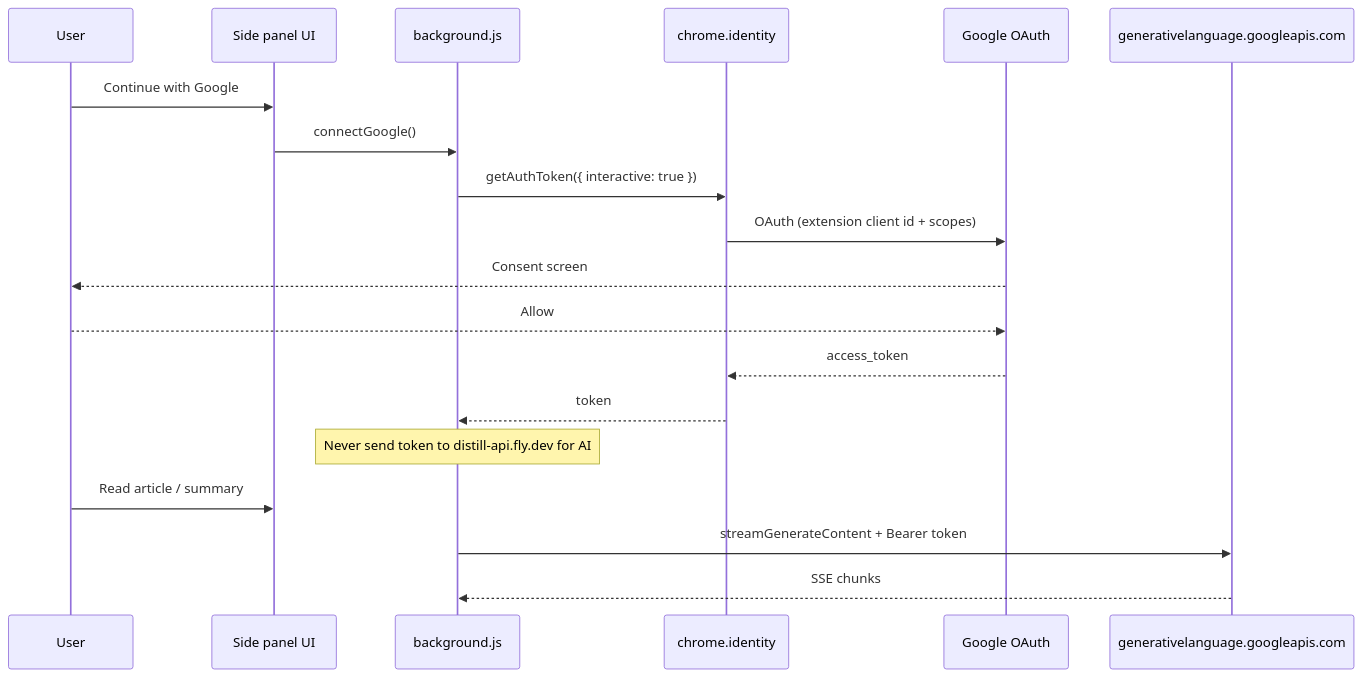
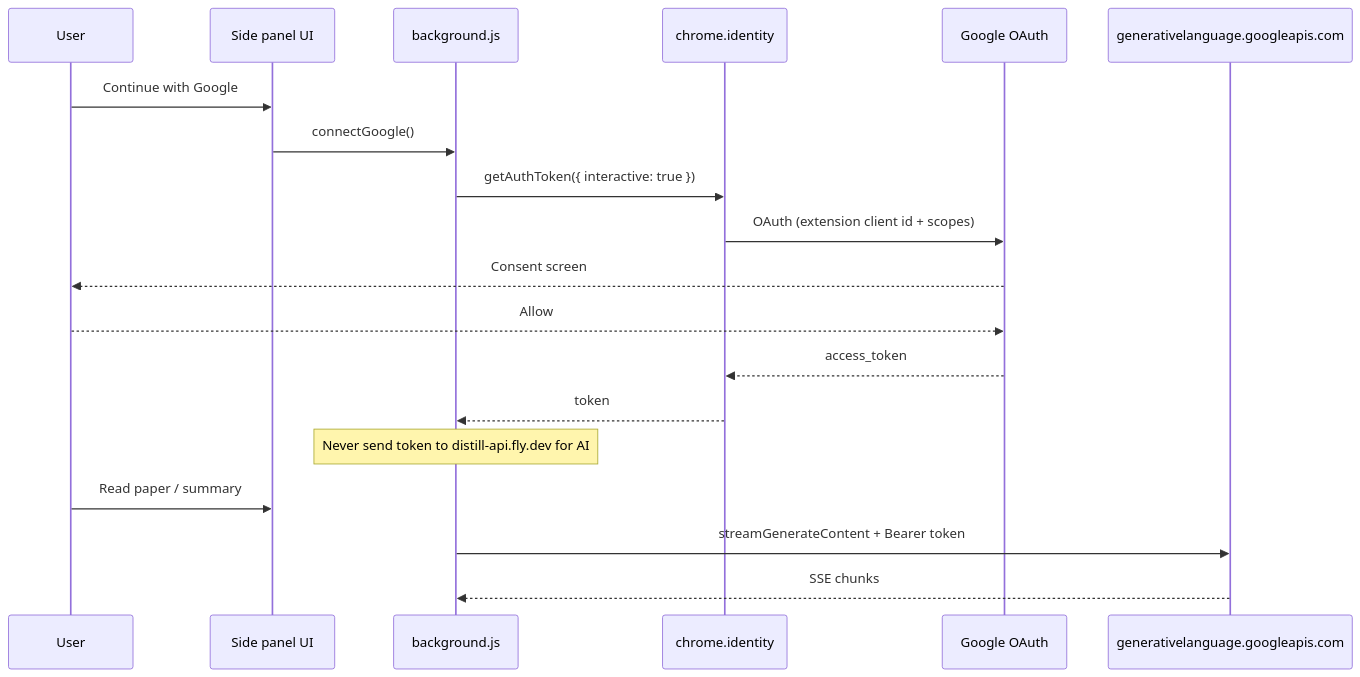
One commit to rsheth8/distill changed the diagram in docs/GOOGLE_OAUTH.md. Above: the diagram before and after it, drawn with Mermaid. The commit also changed other lines of this file and 4 other files, not shown here.

````diff
--- a/docs/GOOGLE_OAUTH.md
+++ b/docs/GOOGLE_OAUTH.md
@@ -25,22 +25,22 @@
 ```mermaid
 sequenceDiagram
   participant User
   participant Panel as Side panel UI
   participant SW as background.js
   participant Chrome as chrome.identity
   participant Google as Google OAuth
   participant API as generativelanguage.googleapis.com
 
   User->>Panel: Continue with Google
   Panel->>SW: connectGoogle()
   SW->>Chrome: getAuthToken({ interactive: true })
   Chrome->>Google: OAuth (extension client id + scopes)
   Google-->>User: Consent screen
   User-->>Google: Allow
   Google-->>Chrome: access_token
   Chrome-->>SW: token
   Note over SW: Never send token to distill-api.fly.dev for AI
-  User->>Panel: Read article / summary
+  User->>Panel: Read paper / summary
   SW->>API: streamGenerateContent + Bearer token
   API-->>SW: SSE chunks
 ```
````
